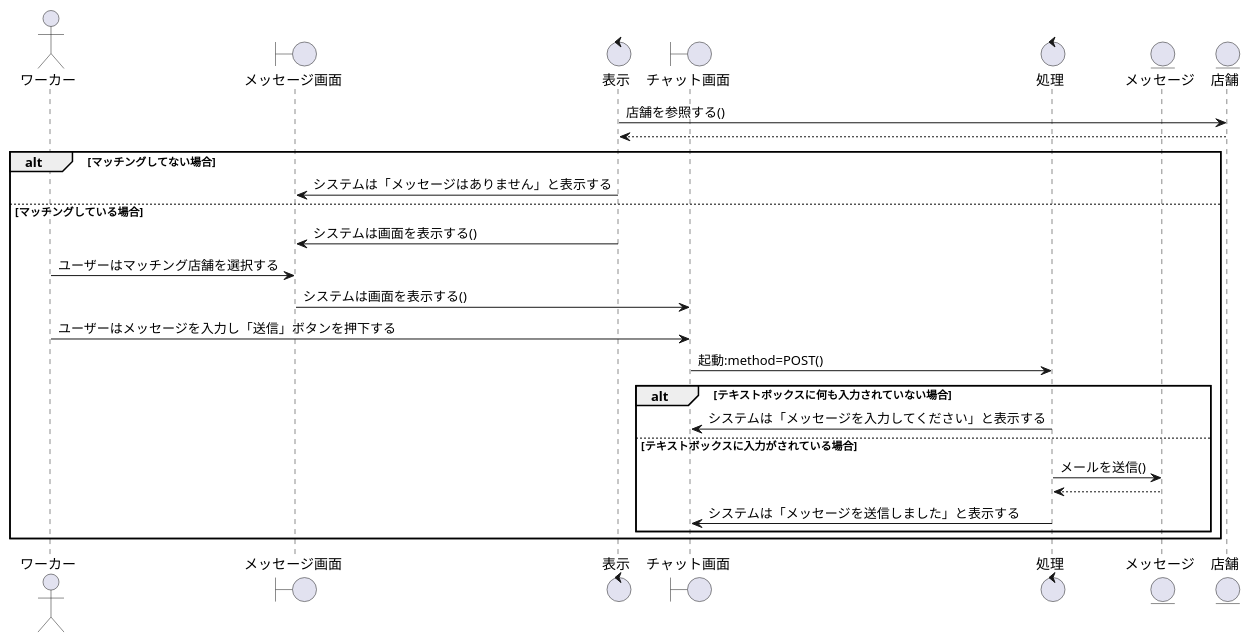
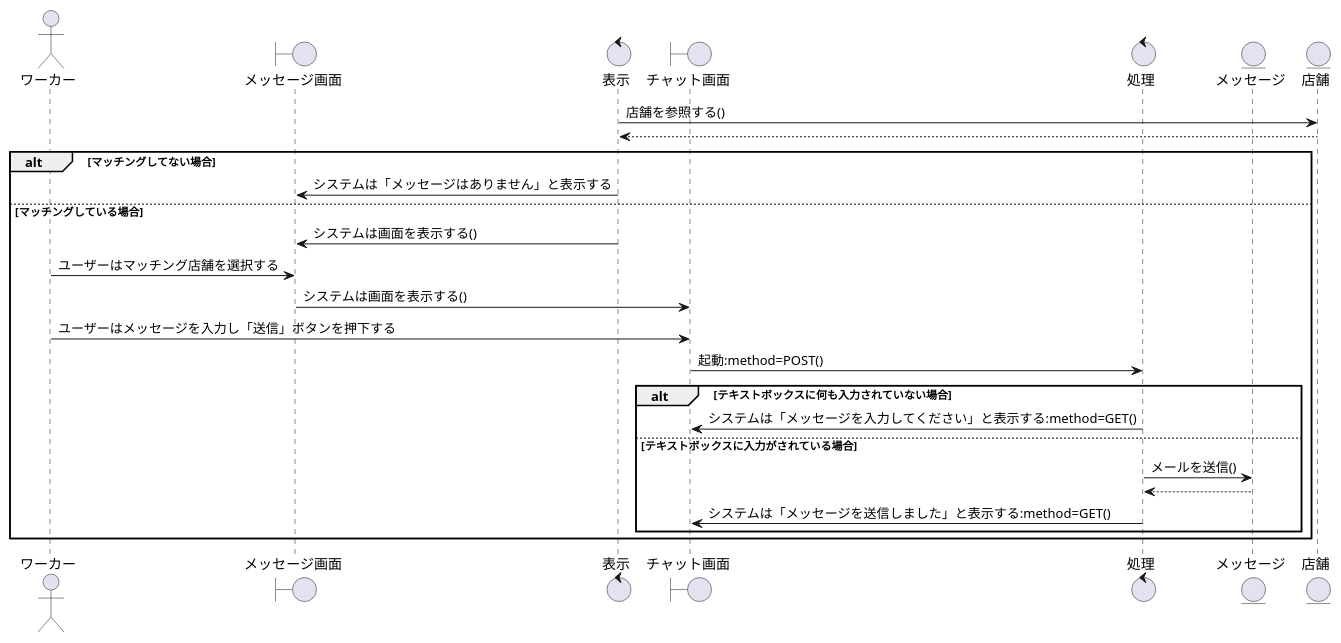
The diagram in sequence_fig/6_message_fn/1_メッセージでやり取りする.pu (irukacb256/high_Me), drawn with PlantUML before and after one commit. The commit also changed 21 other files, not shown here.

```diff
--- a/sequence_fig/6_message_fn/1_メッセージでやり取りする.pu
+++ b/sequence_fig/6_message_fn/1_メッセージでやり取りする.pu
@@ -1,34 +1,34 @@
 @startuml メッセージでやり取りする
 ' 1
 actor ワーカー as wo1
 boundary メッセージ画面 as me1
 control 表示 as co1
 boundary チャット画面 as ch1
 control 処理 as co2
 
 entity メッセージ as ml1
 entity 店舗 as ac2
 
 ' 2
 co1 -> ac2 : 店舗を参照する()
 co1 <-- ac2
 
 alt マッチングしてない場合
     co1 -> me1 : システムは「メッセージはありません」と表示する
 else マッチングしている場合
     co1 -> me1 : システムは画面を表示する()
     wo1 -> me1 : ユーザーはマッチング店舗を選択する
     me1 -> ch1 : システムは画面を表示する()
     wo1 -> ch1 : ユーザーはメッセージを入力し「送信」ボタンを押下する
     ch1 -> co2 : 起動:method=POST()
 
     alt テキストボックスに何も入力されていない場合
-        co2 -> ch1 : システムは「メッセージを入力してください」と表示する
+        co2 -> ch1 : システムは「メッセージを入力してください」と表示する:method=GET()
     else テキストボックスに入力がされている場合
         co2 -> ml1 : メールを送信()
         co2 <-- ml1
-        co2 -> ch1 : システムは「メッセージを送信しました」と表示する
+        co2 -> ch1 : システムは「メッセージを送信しました」と表示する:method=GET()
     end
 end
 
 @enduml
```
